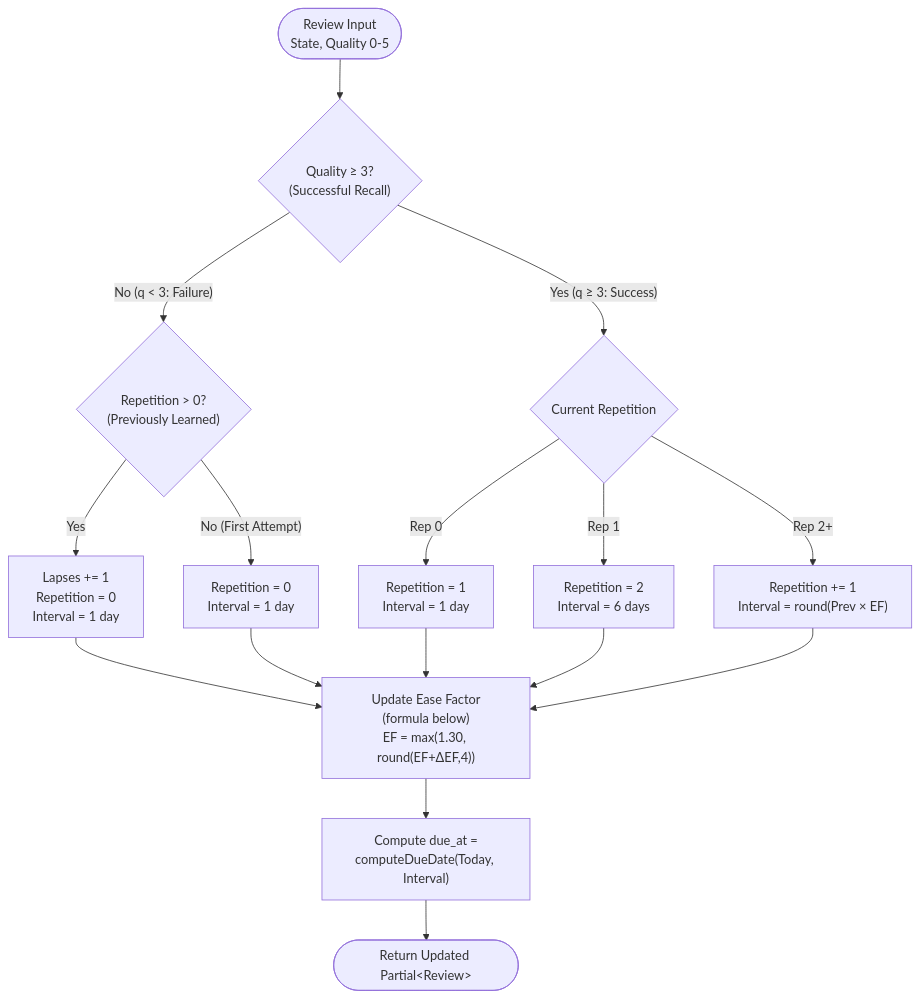
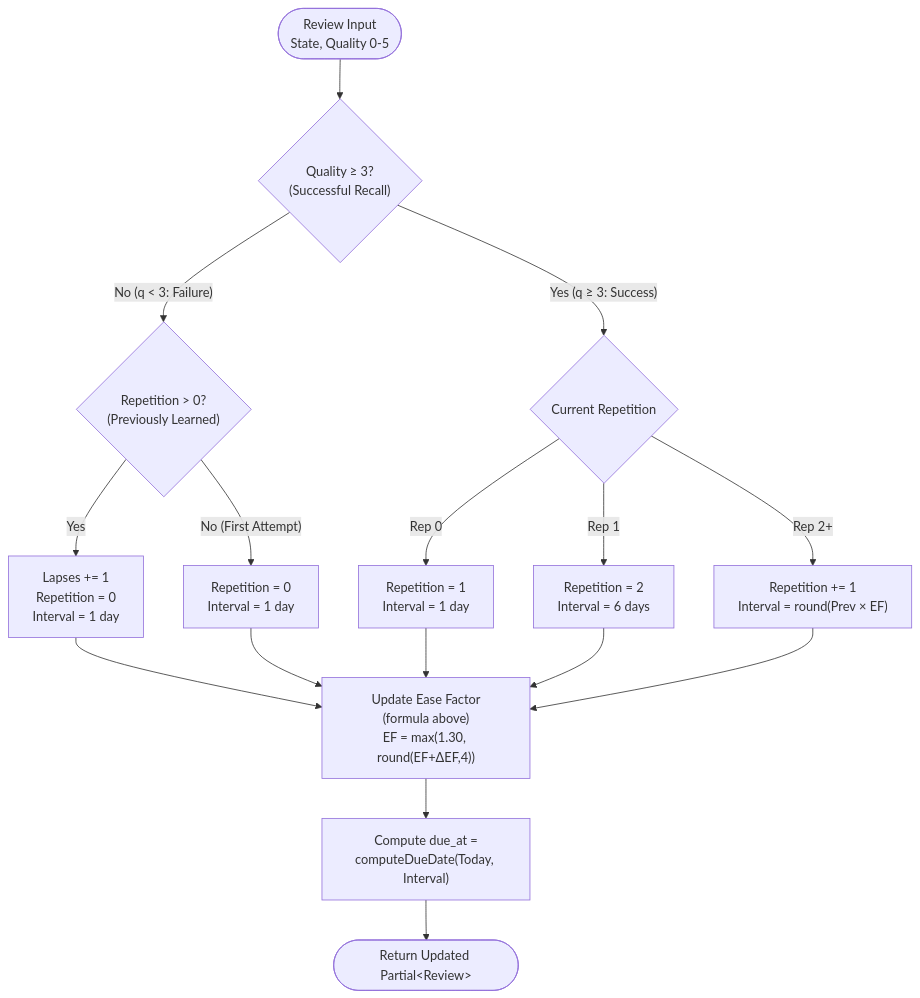
Before and after one commit to Kuldeep2822k/cli: the first of 2 diagrams in docs/03-1-sm2-spaced-repetition-algorithm.md, drawn with Mermaid. The commit also changed 58 other files, not shown here.

````diff
--- a/docs/03-1-sm2-spaced-repetition-algorithm.md
+++ b/docs/03-1-sm2-spaced-repetition-algorithm.md
@@ -96,25 +96,25 @@
 ```mermaid
 flowchart TD
     Start(["Review Input<br/>State, Quality 0-5"]) --> CheckQ{"Quality &ge; 3?<br/>(Successful Recall)"}
     
     %% Failure Branch
     CheckQ -- "No (q &lt; 3: Failure)" --> CheckLapse{"Repetition &gt; 0?<br/>(Previously Learned)"}
     CheckLapse -- "Yes" --> LapseInc["Lapses += 1<br/>Repetition = 0<br/>Interval = 1 day"]
     CheckLapse -- "No (First Attempt)" --> LapseNoInc["Repetition = 0<br/>Interval = 1 day"]
     
     %% Success Branch
     CheckQ -- "Yes (q &ge; 3: Success)" --> CheckRep{"Current Repetition"}
     CheckRep -- "Rep 0" --> Rep1["Repetition = 1<br/>Interval = 1 day"]
     CheckRep -- "Rep 1" --> Rep2["Repetition = 2<br/>Interval = 6 days"]
     CheckRep -- "Rep 2+" --> RepN["Repetition += 1<br/>Interval = round(Prev &times; EF)"]
     
     %% Convergence & EF Update
-    LapseInc --> UpdateEF["Update Ease Factor<br/>(formula below)<br/>EF = max(1.30, round(EF+&Delta;EF,4))"]
+    LapseInc --> UpdateEF["Update Ease Factor<br/>(formula above)<br/>EF = max(1.30, round(EF+&Delta;EF,4))"]
     LapseNoInc --> UpdateEF
     Rep1 --> UpdateEF
     Rep2 --> UpdateEF
     RepN --> UpdateEF
     
     UpdateEF --> Schedule["Compute due_at =<br/>computeDueDate(Today, Interval)"]
     Schedule --> Done(["Return Updated Partial&lt;Review&gt;"])
 ```
````
